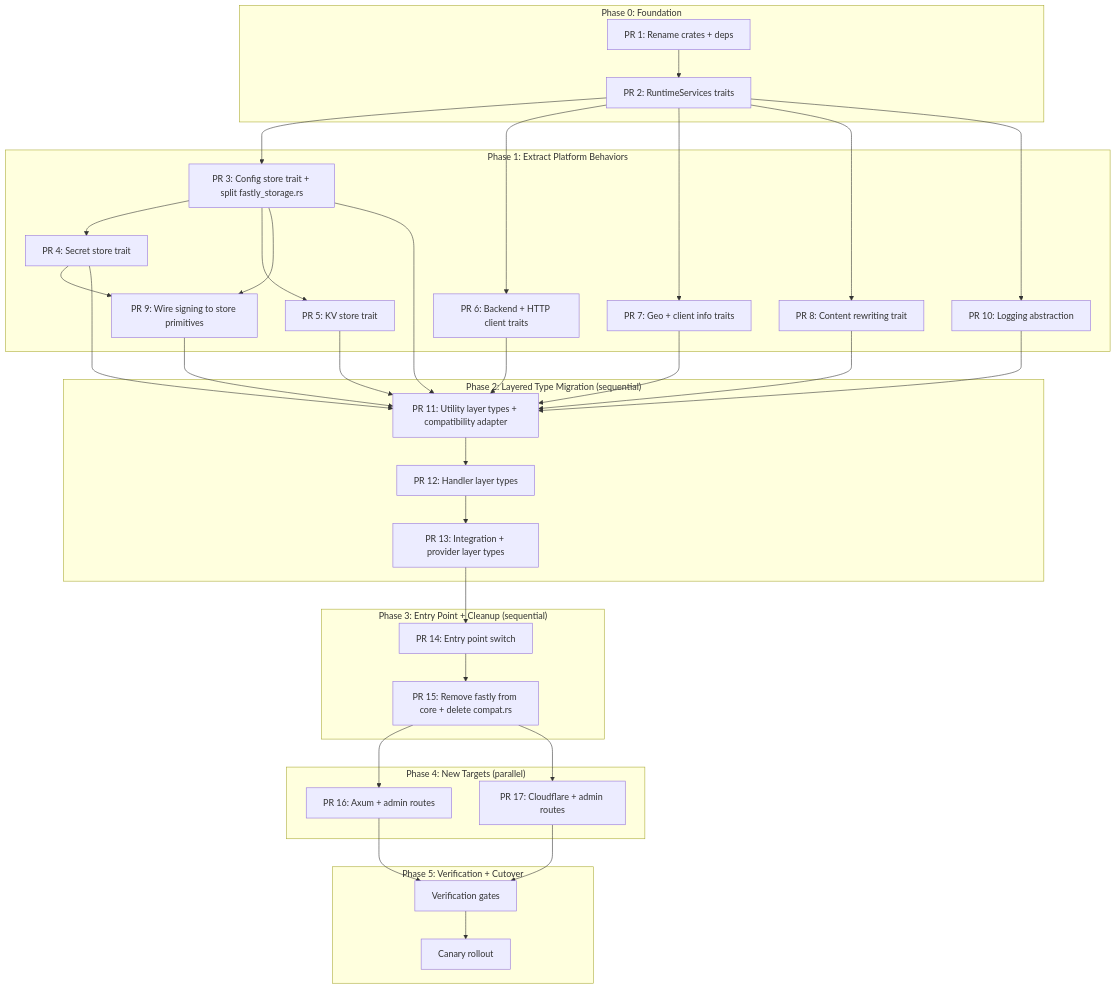
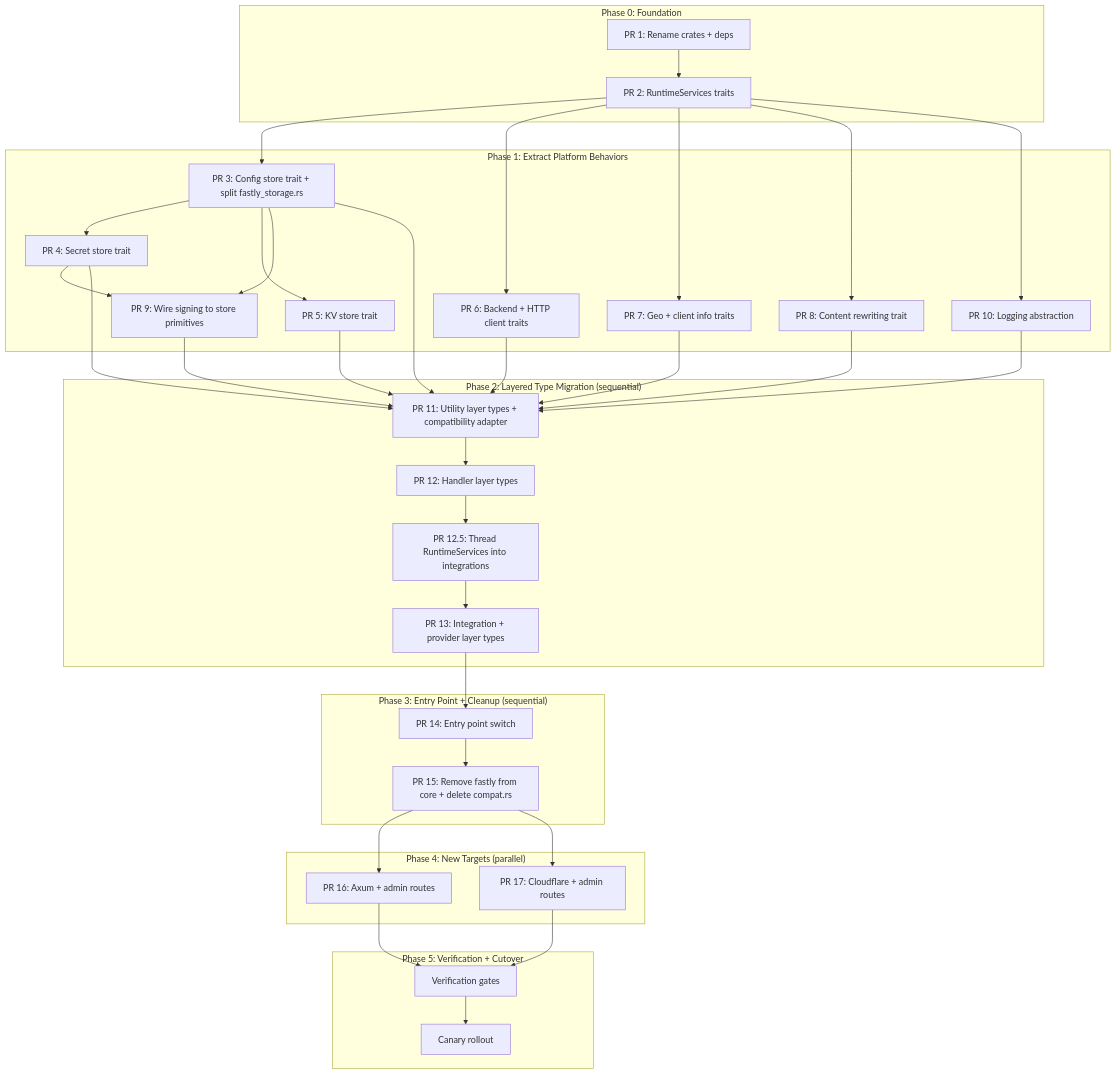
The diagram in docs/internal/EDGEZERO_MIGRATION.md (IABTechLab/trusted-server), drawn with Mermaid before and after one commit. The commit also changed other lines of this file, not shown here.

````diff
--- a/docs/internal/EDGEZERO_MIGRATION.md
+++ b/docs/internal/EDGEZERO_MIGRATION.md
@@ -420,71 +420,73 @@
 ```mermaid
 graph TD
     subgraph "Phase 0: Foundation"
         PR1["PR 1: Rename crates + deps"]
         PR2["PR 2: RuntimeServices traits"]
         PR1 --> PR2
     end
 
     subgraph "Phase 1: Extract Platform Behaviors"
         PR3["PR 3: Config store trait + split fastly_storage.rs"]
         PR4["PR 4: Secret store trait"]
         PR5["PR 5: KV store trait"]
         PR6["PR 6: Backend + HTTP client traits"]
         PR7["PR 7: Geo + client info traits"]
         PR8["PR 8: Content rewriting trait"]
         PR9["PR 9: Wire signing to store primitives"]
         PR10["PR 10: Logging abstraction"]
     end
 
     PR2 --> PR3
     PR3 --> PR4
     PR3 --> PR5
     PR2 --> PR6
     PR2 --> PR7
     PR2 --> PR8
     PR3 --> PR9
     PR4 --> PR9
     PR2 --> PR10
 
     subgraph "Phase 2: Layered Type Migration (sequential)"
         PR11["PR 11: Utility layer types + compatibility adapter"]
         PR12["PR 12: Handler layer types"]
+        PR12_5["PR 12.5: Thread RuntimeServices into integrations"]
         PR13["PR 13: Integration + provider layer types"]
     end
 
     PR3 --> PR11
     PR4 --> PR11
     PR5 --> PR11
     PR6 --> PR11
     PR7 --> PR11
     PR8 --> PR11
     PR9 --> PR11
     PR10 --> PR11
     PR11 --> PR12
-    PR12 --> PR13
+    PR12 --> PR12_5
+    PR12_5 --> PR13
 
     subgraph "Phase 3: Entry Point + Cleanup (sequential)"
         PR14["PR 14: Entry point switch"]
         PR15["PR 15: Remove fastly from core + delete compat.rs"]
     end
 
     PR13 --> PR14
     PR14 --> PR15
 
     subgraph "Phase 4: New Targets (parallel)"
         PR16["PR 16: Axum + admin routes"]
         PR17["PR 17: Cloudflare + admin routes"]
     end
 
     PR15 --> PR16
     PR15 --> PR17
 
     subgraph "Phase 5: Verification + Cutover"
         V["Verification gates"]
         C["Canary rollout"]
     end
 
     PR16 --> V
     PR17 --> V
     V --> C
 ```
````
